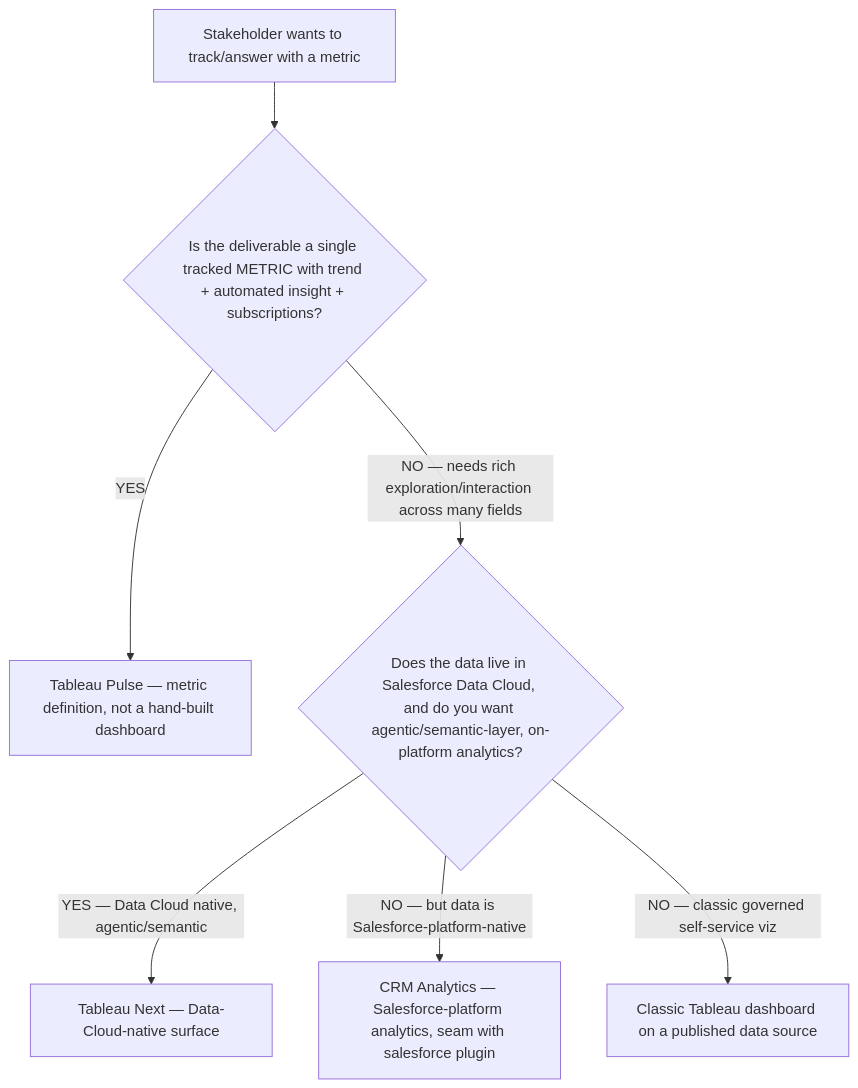
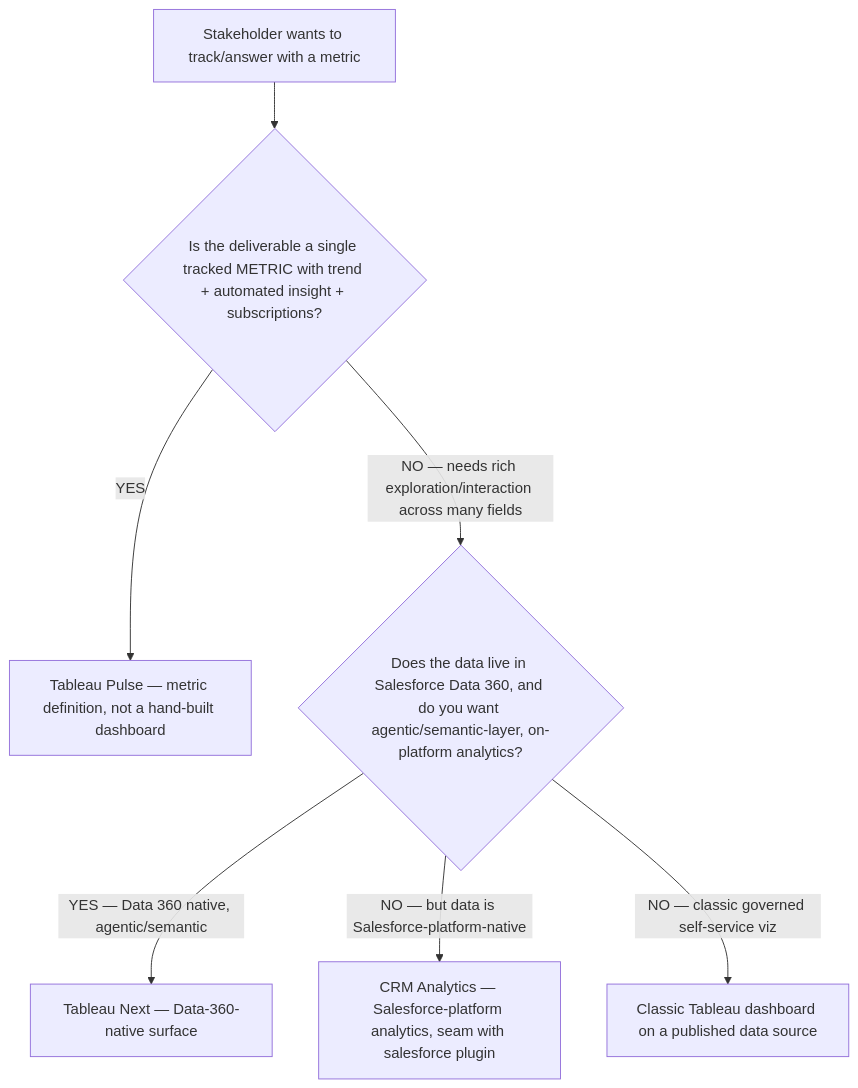
Before and after one commit to mcorbett51090/RavenClaude: the fifth of 5 diagrams in plugins/tableau/knowledge/governance-embedding-decision-trees.md, drawn with Mermaid. The commit also changed other lines of this file and 13 other files, not shown here.

````diff
--- a/plugins/tableau/knowledge/governance-embedding-decision-trees.md
+++ b/plugins/tableau/knowledge/governance-embedding-decision-trees.md
@@ -151,9 +151,9 @@
 ```mermaid
 flowchart TD
     START[Stakeholder wants to track/answer with a metric] --> Q1{Is the deliverable a single tracked METRIC with trend + automated insight + subscriptions?}
     Q1 -->|YES| LEAF_A[Tableau Pulse — metric definition, not a hand-built dashboard]
-    Q1 -->|NO — needs rich exploration/interaction across many fields| Q2{Does the data live in Salesforce Data Cloud, and do you want agentic/semantic-layer, on-platform analytics?}
-    Q2 -->|YES — Data Cloud native, agentic/semantic| LEAF_B[Tableau Next — Data-Cloud-native surface]
+    Q1 -->|NO — needs rich exploration/interaction across many fields| Q2{Does the data live in Salesforce Data 360, and do you want agentic/semantic-layer, on-platform analytics?}
+    Q2 -->|YES — Data 360 native, agentic/semantic| LEAF_B[Tableau Next — Data-360-native surface]
     Q2 -->|NO — but data is Salesforce-platform-native| LEAF_D[CRM Analytics — Salesforce-platform analytics, seam with salesforce plugin]
     Q2 -->|NO — classic governed self-service viz| LEAF_C[Classic Tableau dashboard on a published data source]
 ```
````
